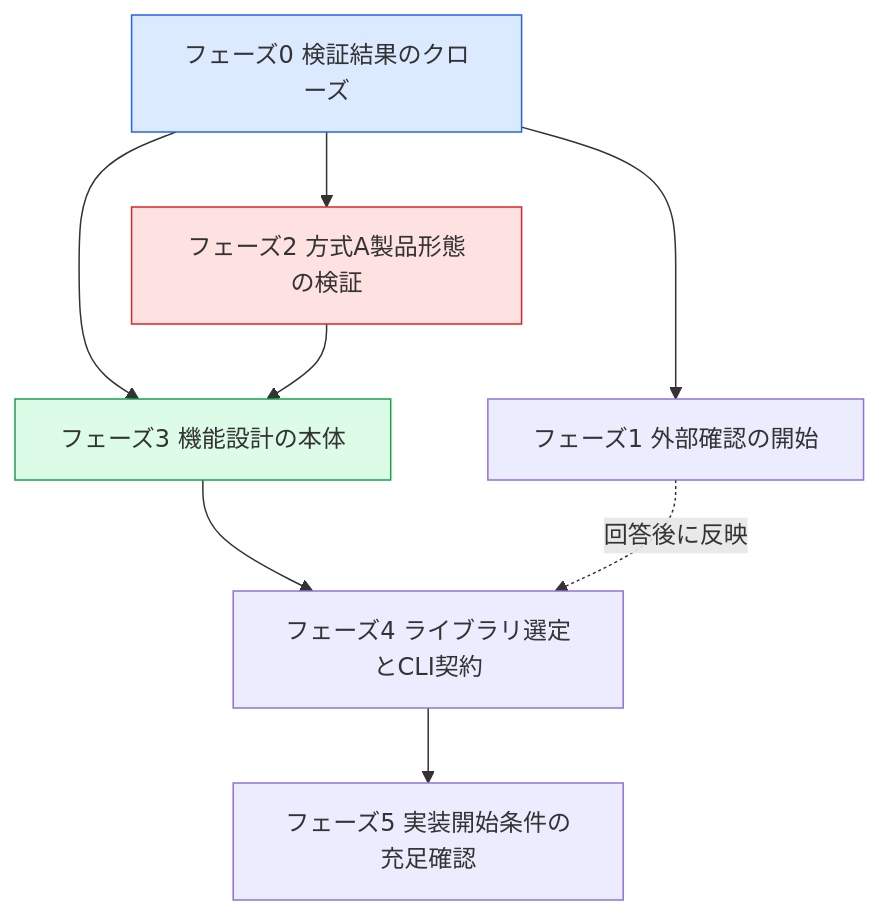
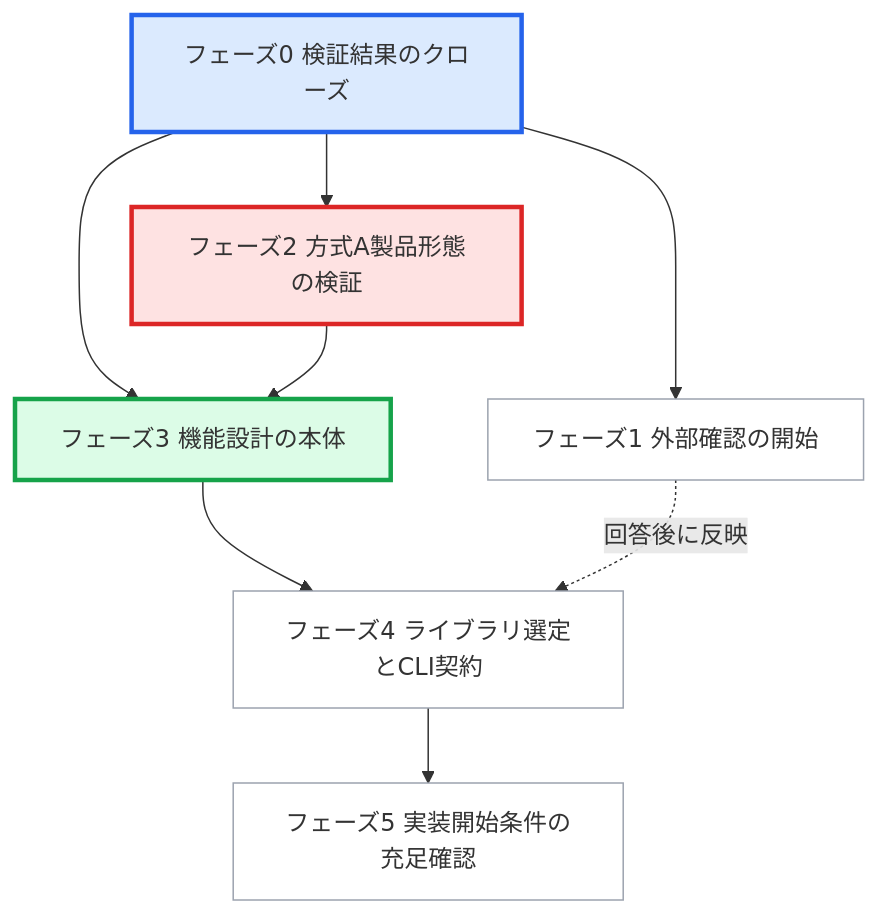
One commit to mgmaru/algo-loom changed the second of 2 diagrams in TODO.md. Above: the diagram before and after it, drawn with Mermaid. The commit also changed other lines of this file, not shown here.

First line of the commit message:
Add legends to both diagrams in the TODO list

````diff
--- a/TODO.md
+++ b/TODO.md
@@ -86,14 +98,17 @@
 ```mermaid
 flowchart TD
     P0[フェーズ0 検証結果のクローズ] --> P3[フェーズ3 機能設計の本体]
     P0 --> P1[フェーズ1 外部確認の開始]
     P0 --> P2[フェーズ2 方式A製品形態の検証]
     P2 --> P3
     P3 --> P4[フェーズ4 ライブラリ選定とCLI契約]
     P1 -.回答後に反映.-> P4
     P4 --> P5[フェーズ5 実装開始条件の充足確認]
 
-    style P0 fill:#dbeafe,stroke:#2563eb
-    style P2 fill:#fee2e2,stroke:#dc2626
-    style P3 fill:#dcfce7,stroke:#16a34a
+    style P0 fill:#dbeafe,stroke:#2563eb,stroke-width:3px
+    style P1 fill:#ffffff,stroke:#9ca3af
+    style P2 fill:#fee2e2,stroke:#dc2626,stroke-width:3px
+    style P3 fill:#dcfce7,stroke:#16a34a,stroke-width:3px
+    style P4 fill:#ffffff,stroke:#9ca3af
+    style P5 fill:#ffffff,stroke:#9ca3af
 ```
````
